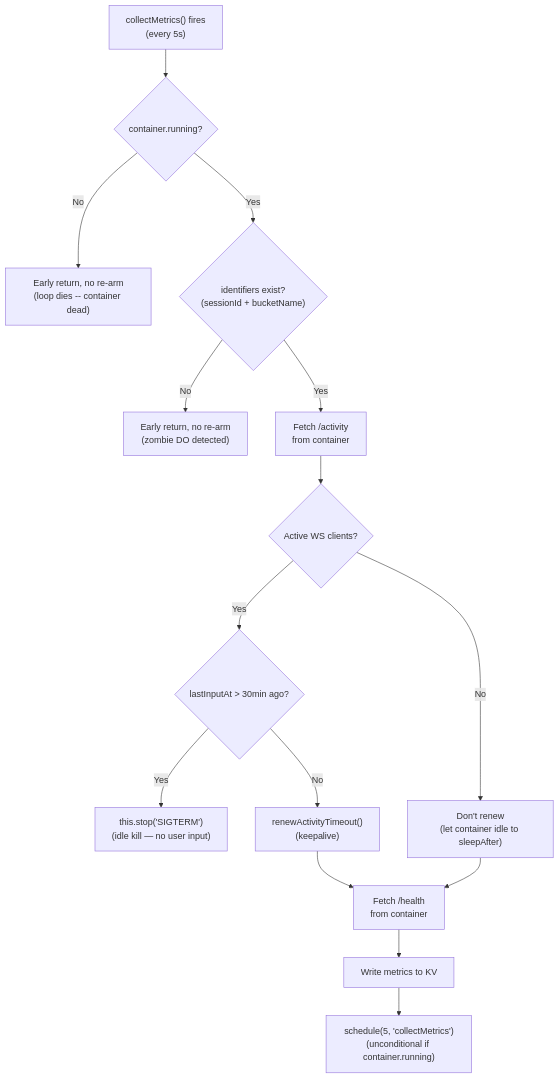
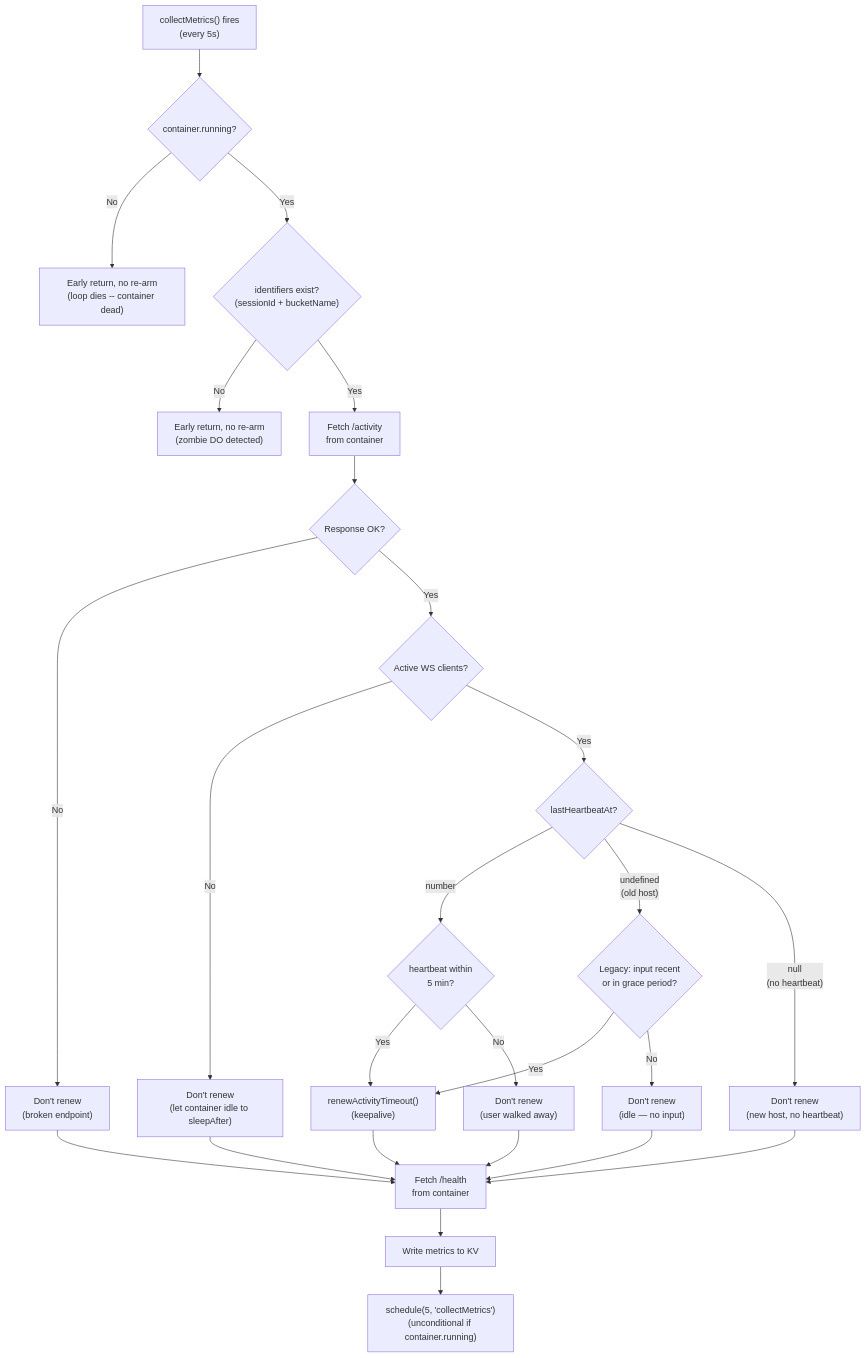
The second of 14 diagrams in TECHNICAL.md (nikolanovoselec/codeflare), drawn with Mermaid before and after one commit. The commit also changed other lines of this file and 11 other files, not shown here.

First line of the commit message:
feat: visibility heartbeat idle detection — replace input-based renewal

````diff
--- a/TECHNICAL.md
+++ b/TECHNICAL.md
@@ -124,17 +129,28 @@
 ```mermaid
 flowchart TD
     CM["collectMetrics() fires<br/>(every 5s)"] --> CRunning{"container.running?"}
     CRunning -->|No| Exit1["Early return, no re-arm<br/>(loop dies -- container dead)"]
     CRunning -->|Yes| IDs{"identifiers exist?<br/>(sessionId + bucketName)"}
     IDs -->|No| Exit2["Early return, no re-arm<br/>(zombie DO detected)"]
     IDs -->|Yes| FetchAct["Fetch /activity<br/>from container"]
-    FetchAct --> WSClients{"Active WS clients?"}
-    WSClients -->|Yes| InputCheck{"lastInputAt > 30min ago?"}
-    InputCheck -->|Yes| IdleKill["this.stop('SIGTERM')<br/>(idle kill — no user input)"]
-    InputCheck -->|No| Renew["renewActivityTimeout()<br/>(keepalive)"]
+    FetchAct --> ActOK{"Response OK?"}
+    ActOK -->|No| NoRenewErr["Don't renew<br/>(broken endpoint)"]
+    ActOK -->|Yes| WSClients{"Active WS clients?"}
     WSClients -->|No| NoRenew["Don't renew<br/>(let container idle to sleepAfter)"]
+    WSClients -->|Yes| HBCheck{"lastHeartbeatAt?"}
+    HBCheck -->|"number"| HBRecent{"heartbeat within<br/>5 min?"}
+    HBRecent -->|Yes| Renew["renewActivityTimeout()<br/>(keepalive)"]
+    HBRecent -->|No| NoRenewStale["Don't renew<br/>(user walked away)"]
+    HBCheck -->|"undefined<br/>(old host)"| LegacyInput{"Legacy: input recent<br/>or in grace period?"}
+    LegacyInput -->|Yes| Renew
+    LegacyInput -->|No| NoRenewLegacy["Don't renew<br/>(idle — no input)"]
+    HBCheck -->|"null<br/>(no heartbeat)"| NoRenewNull["Don't renew<br/>(new host, no heartbeat)"]
     Renew --> FetchHealth["Fetch /health<br/>from container"]
     NoRenew --> FetchHealth
+    NoRenewErr --> FetchHealth
+    NoRenewStale --> FetchHealth
+    NoRenewLegacy --> FetchHealth
+    NoRenewNull --> FetchHealth
     FetchHealth --> WriteKV["Write metrics to KV"]
     WriteKV --> ReArm["schedule(5, 'collectMetrics')<br/>(unconditional if container.running)"]
 ```
````
